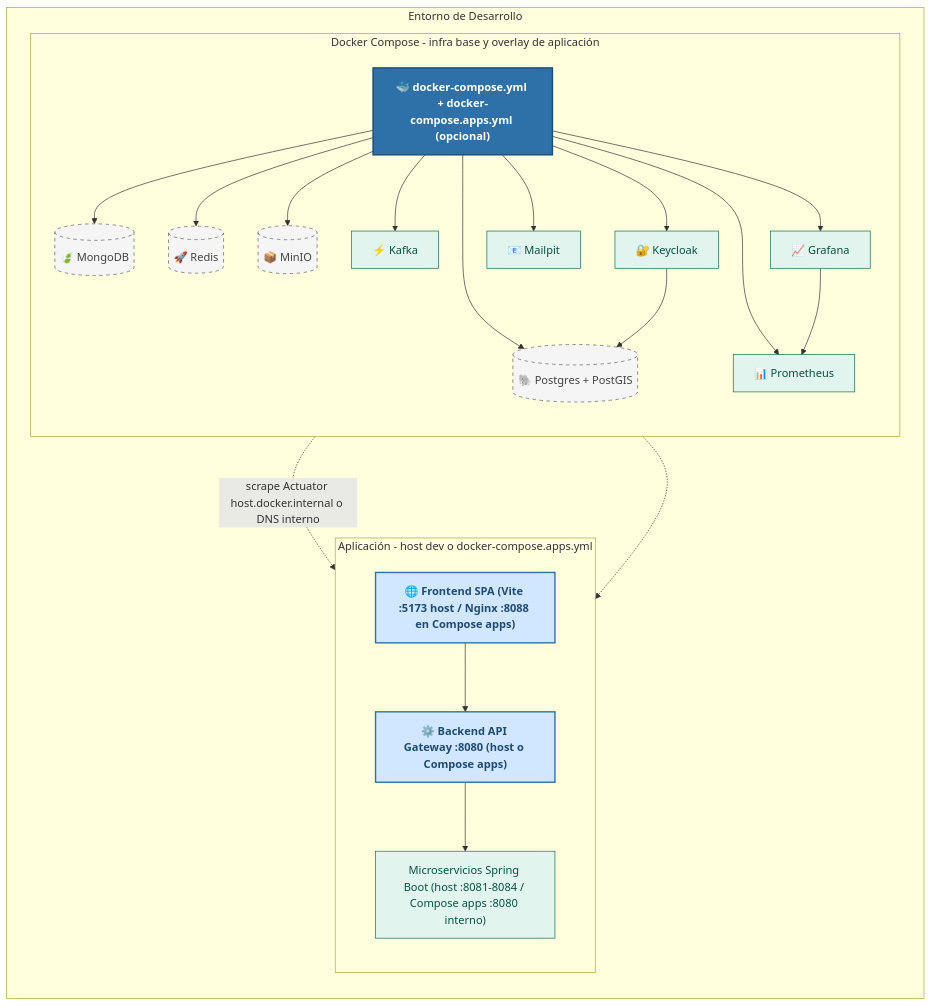
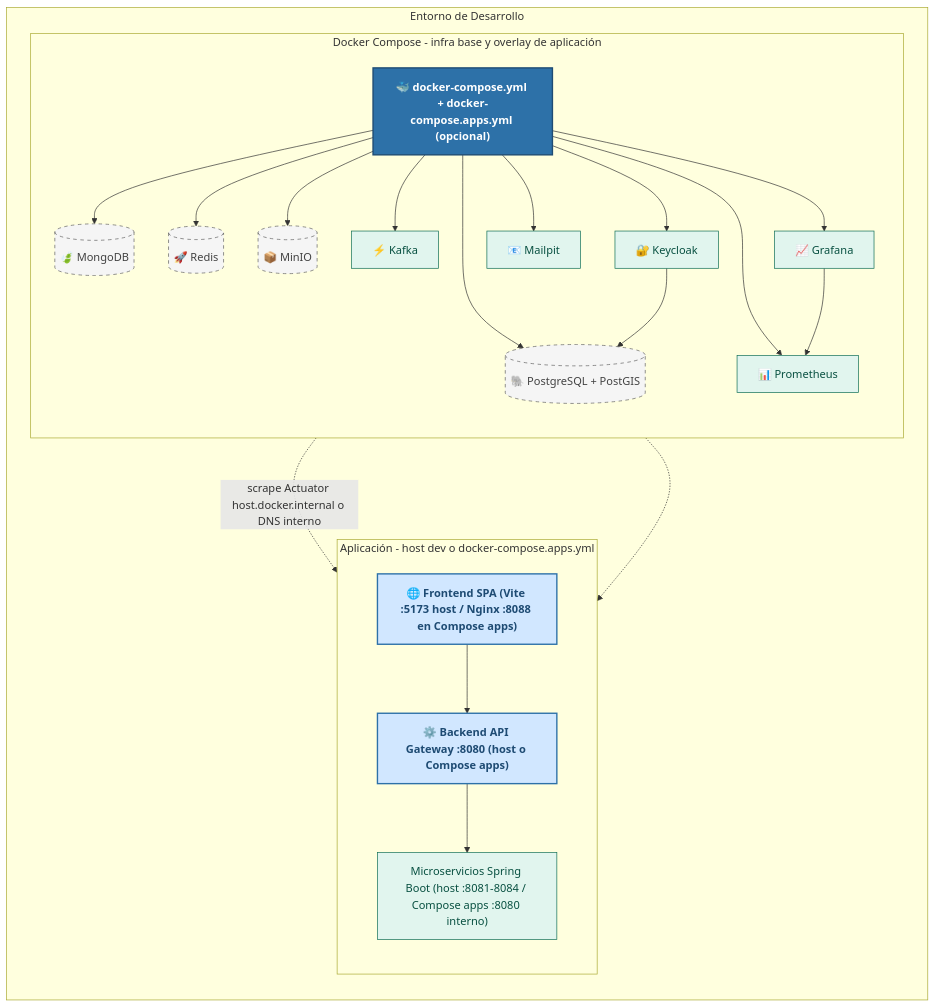
One commit to ldefrutos1/AI4Devs-finalproject changed diagram 13 of 19 in readme.md. Above: the diagram before and after it, drawn with Mermaid. The commit also changed other lines of this file, not shown here.

````diff
--- a/readme.md
+++ b/readme.md
@@ -891,51 +891,51 @@
 ```mermaid
 flowchart TB
     %% --- Estilos (Consistentes con toda la documentación) ---
     classDef orch fill:#2D71A8,stroke:#1E4B73,stroke-width:2px,color:#FFFFFF,font-weight:bold;
     classDef web fill:#D1E7FF,stroke:#2D71A8,stroke-width:2px,color:#1E4B73,font-weight:bold;
     classDef service fill:#E1F5EE,stroke:#0F6E56,stroke-width:1px,color:#085041;
     classDef db fill:#F5F5F5,stroke:#616161,stroke-width:1px,color:#424242,stroke-dasharray: 5 5;
 
     subgraph dev [Entorno de Desarrollo]
         direction TB
 
         subgraph host [Aplicación - host dev o docker-compose.apps.yml]
             direction TB
             SPAh["🌐 Frontend SPA (Vite :5173 host / Nginx :8088 en Compose apps)"]:::web
             GWh["⚙️ Backend API Gateway :8080 (host o Compose apps)"]:::web
             MSh["Microservicios Spring Boot (host :8081-8084 / Compose apps :8080 interno)"]:::service
             SPAh --> GWh
             GWh --> MSh
         end
 
         subgraph compose [Docker Compose - infra base y overlay de aplicación]
             direction TB
             DC["🐳 docker-compose.yml + docker-compose.apps.yml (opcional)"]:::orch
 
             KCd["🔐 Keycloak"]:::service
             Kd["⚡ Kafka"]:::service
             MPd["📧 Mailpit"]:::service
             PRd["📊 Prometheus"]:::service
             GRd["📈 Grafana"]:::service
 
-            PGd[("🐘 Postgres + PostGIS")]:::db
+            PGd[("🐘 PostgreSQL + PostGIS")]:::db
             MGd[("🍃 MongoDB")]:::db
             Rd[("🚀 Redis")]:::db
             S3d[("📦 MinIO")]:::db
         end
 
         DC --> PGd
         DC --> MGd
         DC --> Rd
         DC --> S3d
         DC --> Kd
         DC --> KCd
         DC --> MPd
         DC --> PRd
         DC --> GRd
         KCd --> PGd
         GRd --> PRd
         PRd -.->|scrape Actuator host.docker.internal o DNS interno| GWh
         PRd -.-> MSh
     end
 ```
````
